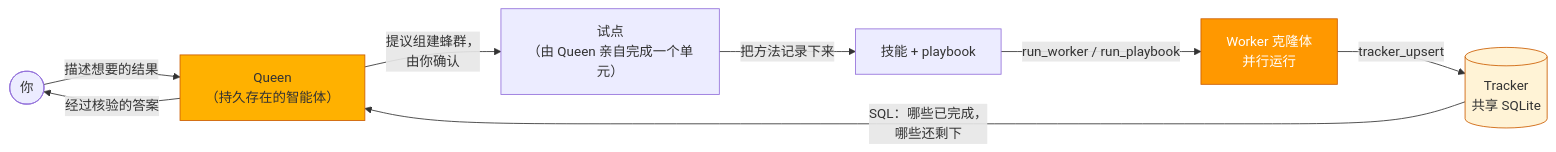
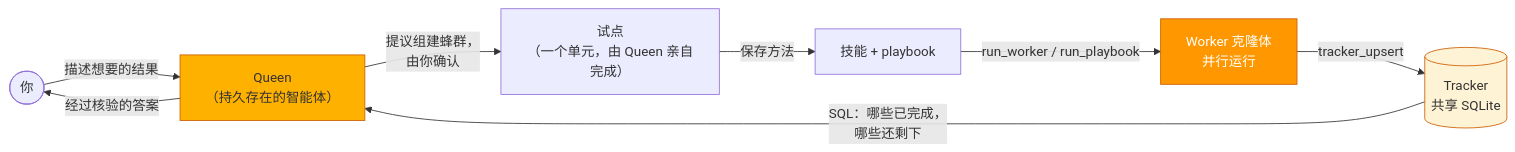
The diagram in docs/i18n/zh-CN.md (23821/hive), drawn with Mermaid before and after one commit. The commit also changed other lines of this file and 6 other files, not shown here.

````diff
--- a/docs/i18n/zh-CN.md
+++ b/docs/i18n/zh-CN.md
@@ -76,14 +79,14 @@
 ```mermaid
 flowchart LR
     You(["你"]) -->|"描述想要的结果"| Queen["Queen<br/>（持久存在的智能体）"]
-    Queen -->|"提议组建蜂群，<br/>由你确认"| Pilot["试点<br/>（由 Queen 亲自完成一个单元）"]
-    Pilot -->|"把方法记录下来"| Skill["技能 + playbook"]
+    Queen -->|"提议组建蜂群，<br/>由你确认"| Pilot["试点<br/>（一个单元，由 Queen 亲自完成）"]
+    Pilot -->|"保存方法"| Skill["技能 + playbook"]
     Skill -->|"run_worker / run_playbook"| W["Worker 克隆体<br/>并行运行"]
     W -->|"tracker_upsert"| T[("Tracker<br/>共享 SQLite")]
     T -->|"SQL：哪些已完成，<br/>哪些还剩下"| Queen
     Queen -->|"经过核验的答案"| You
 
     style Queen fill:#ffb100,stroke:#cc5d00,color:#333
     style T fill:#fff3d6,stroke:#cc5d00,color:#333
     style W fill:#ff9800,stroke:#cc5d00,color:#fff
 ```
````
